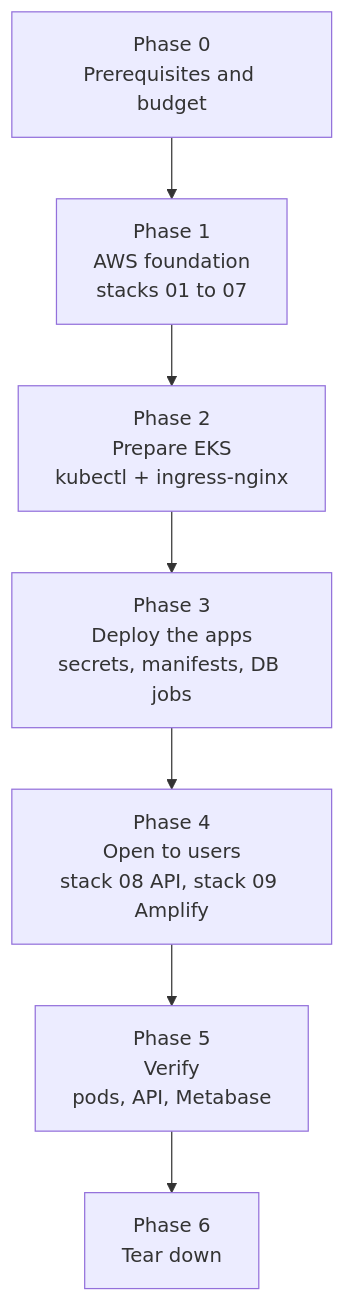
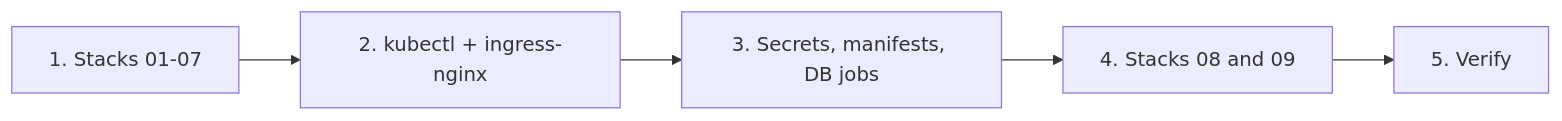
One commit to susangi/wonderland-cloud-system changed the second of 2 diagrams in README.md. Above: the diagram before and after it, drawn with Mermaid. The commit also changed other lines of this file, not shown here.

````diff
--- a/README.md
+++ b/README.md
@@ -95,9 +118,7 @@
 ```mermaid
-flowchart TD
-    P0[Phase 0<br/>Prerequisites and budget] --> P1[Phase 1<br/>AWS foundation<br/>stacks 01 to 07]
-    P1 --> P2[Phase 2<br/>Prepare EKS<br/>kubectl + ingress-nginx]
-    P2 --> P3[Phase 3<br/>Deploy the apps<br/>secrets, manifests, DB jobs]
-    P3 --> P4[Phase 4<br/>Open to users<br/>stack 08 API, stack 09 Amplify]
-    P4 --> P5[Phase 5<br/>Verify<br/>pods, API, Metabase]
-    P5 --> P6[Phase 6<br/>Tear down]
+flowchart LR
+    A[1. Stacks 01-07] --> B[2. kubectl + ingress-nginx]
+    B --> C[3. Secrets, manifests, DB jobs]
+    C --> D[4. Stacks 08 and 09]
+    D --> E[5. Verify]
 ```
````
